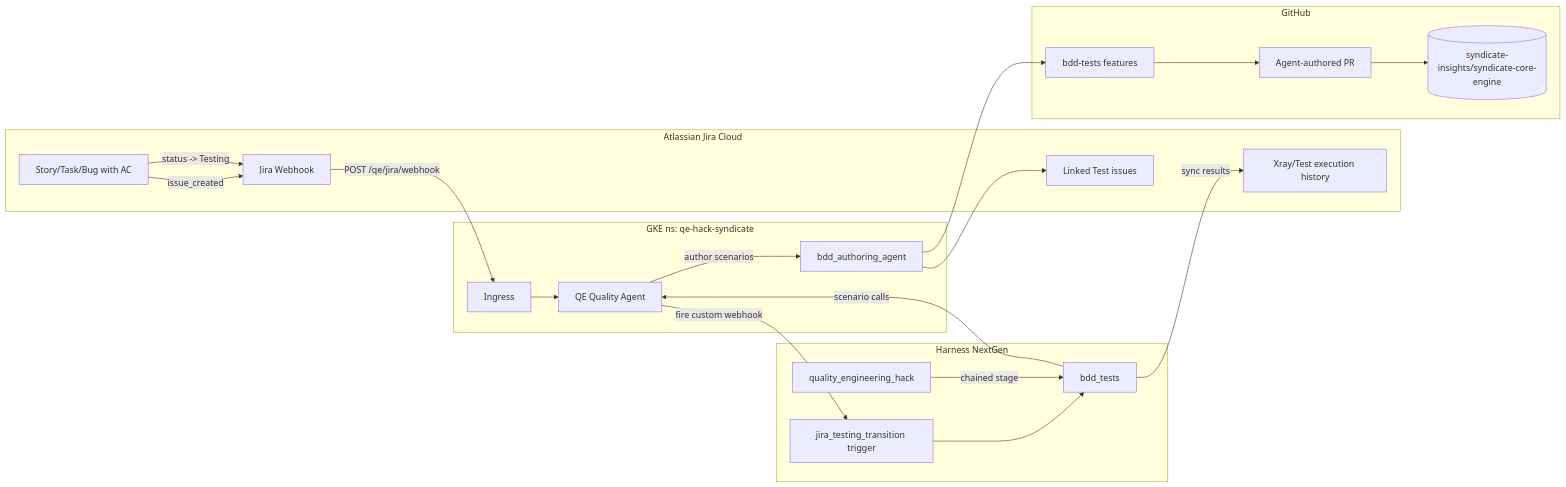
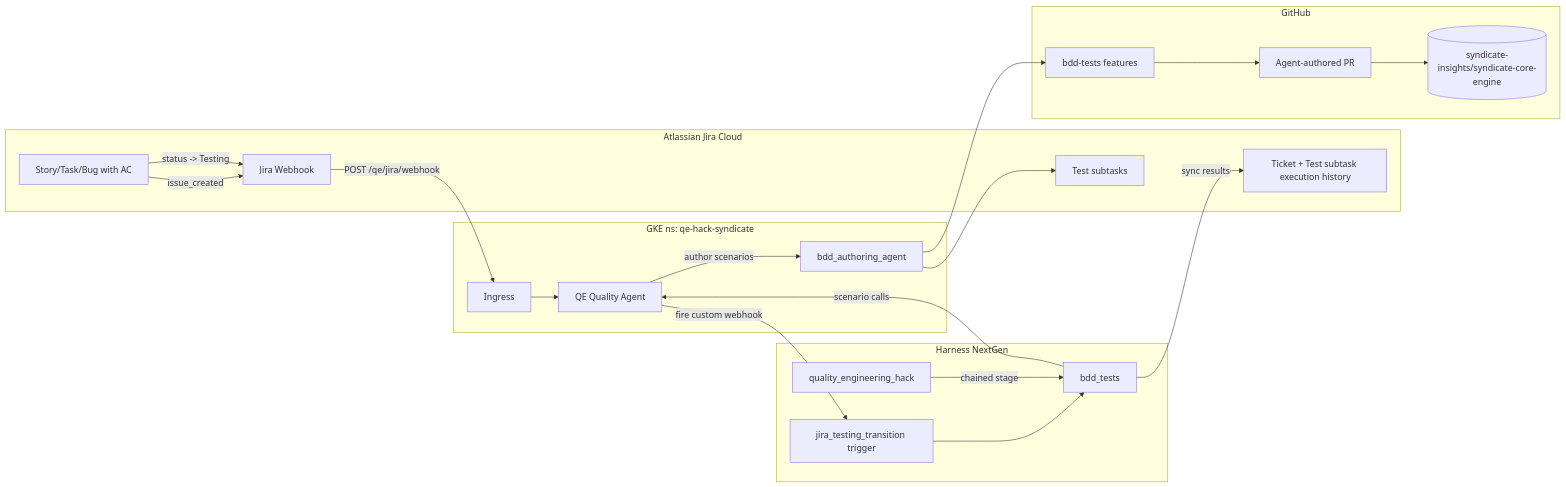
The diagram in qe-agent/docs/integrations.md (syndicate-insights/syndicate-core-engine), drawn with Mermaid before and after one commit. The commit also changed other lines of this file and 9 other files, not shown here.

Commit message:
feat(jira): use Test subtasks only and remove xray integration

````diff
--- a/qe-agent/docs/integrations.md
+++ b/qe-agent/docs/integrations.md
@@ -8,40 +8,40 @@
 ```mermaid
 flowchart LR
     subgraph Jira[Atlassian Jira Cloud]
       J1[Story/Task/Bug with AC]
-      J2[Linked Test issues]
-      J3[Xray/Test execution history]
+      J2[Test subtasks]
+      J3[Ticket + Test subtask execution history]
       JW[Jira Webhook]
     end
 
     subgraph GitHub[GitHub]
       G1[(syndicate-insights/syndicate-core-engine)]
       G2[bdd-tests features]
       G3[Agent-authored PR]
     end
 
     subgraph GKE[GKE ns: qe-hack-syndicate]
       I[Ingress]
       A[QE Quality Agent]
       A1[bdd_authoring_agent]
     end
 
     subgraph Harness[Harness NextGen]
       HQ[quality_engineering_hack]
       H1[bdd_tests]
       HT[jira_testing_transition trigger]
     end
 
     J1 -- issue_created --> JW
     JW -- POST /qe/jira/webhook --> I --> A
     A -- author scenarios --> A1
     A1 --> J2
     A1 --> G2 --> G3 --> G1
 
     J1 -- status -> Testing --> JW
     A -- fire custom webhook --> HT --> H1
 
     HQ -- chained stage --> H1
     H1 -- scenario calls --> A
     H1 -- sync results --> J3
 ```
````
